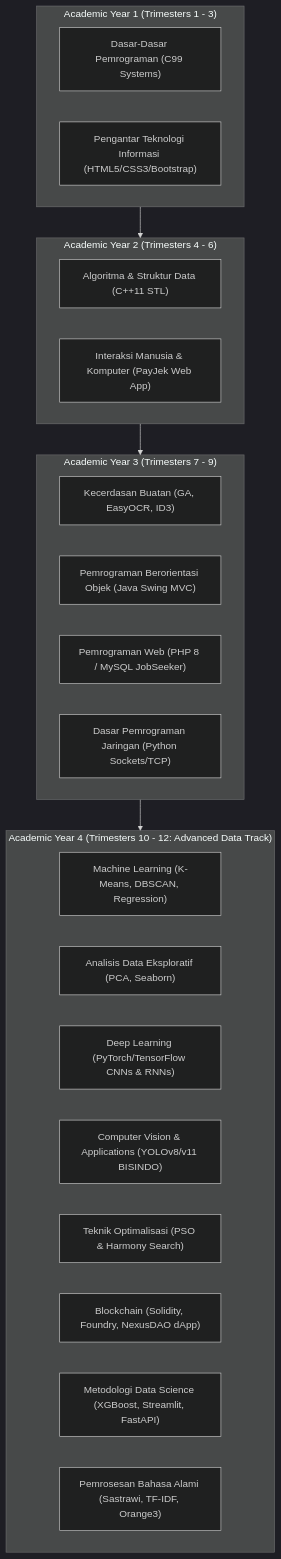
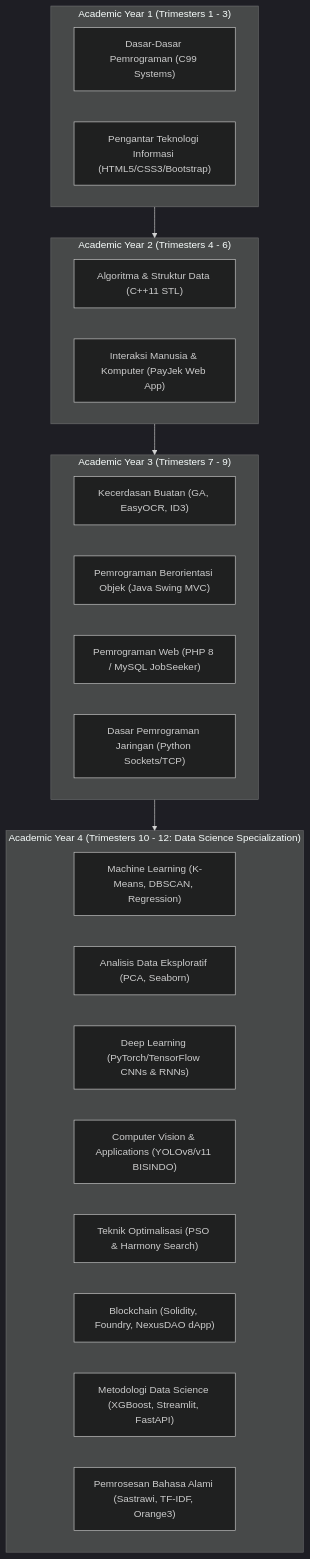
The diagram in README.md (MarchellProGit/ChellAcademicHistory), drawn with Mermaid (dark theme) before and after one commit. The commit also changed other lines of this file and 8 other files, not shown here.

Commit message:
docs(readme): add dedicated semester READMEs, centered badges, Data Science major & 12-trimester archival note

````diff
--- a/README.md
+++ b/README.md
@@ -35,32 +40,32 @@
 ```mermaid
 flowchart TD
     subgraph Year1["Academic Year 1 (Trimesters 1 - 3)"]
         DDP["Dasar-Dasar Pemrograman (C99 Systems)"]
         PTI["Pengantar Teknologi Informasi (HTML5/CSS3/Bootstrap)"]
     end
 
     subgraph Year2["Academic Year 2 (Trimesters 4 - 6)"]
         ASD["Algoritma & Struktur Data (C++11 STL)"]
         IMK["Interaksi Manusia & Komputer (PayJek Web App)"]
     end
 
     subgraph Year3["Academic Year 3 (Trimesters 7 - 9)"]
         AI["Kecerdasan Buatan (GA, EasyOCR, ID3)"]
         PBO["Pemrograman Berorientasi Objek (Java Swing MVC)"]
         PW["Pemrograman Web (PHP 8 / MySQL JobSeeker)"]
         DPJ["Dasar Pemrograman Jaringan (Python Sockets/TCP)"]
     end
 
-    subgraph Year4["Academic Year 4 (Trimesters 10 - 12: Advanced Data Track)"]
+    subgraph Year4["Academic Year 4 (Trimesters 10 - 12: Data Science Specialization)"]
         ML["Machine Learning (K-Means, DBSCAN, Regression)"]
         EDA["Analisis Data Eksploratif (PCA, Seaborn)"]
         DL["Deep Learning (PyTorch/TensorFlow CNNs & RNNs)"]
         CVA["Computer Vision & Applications (YOLOv8/v11 BISINDO)"]
         TO["Teknik Optimalisasi (PSO & Harmony Search)"]
         BC["Blockchain (Solidity, Foundry, NexusDAO dApp)"]
         MDS["Metodologi Data Science (XGBoost, Streamlit, FastAPI)"]
         NLP["Pemrosesan Bahasa Alami (Sastrawi, TF-IDF, Orange3)"]
     end
 
     Year1 --> Year2 --> Year3 --> Year4
 ```
````
